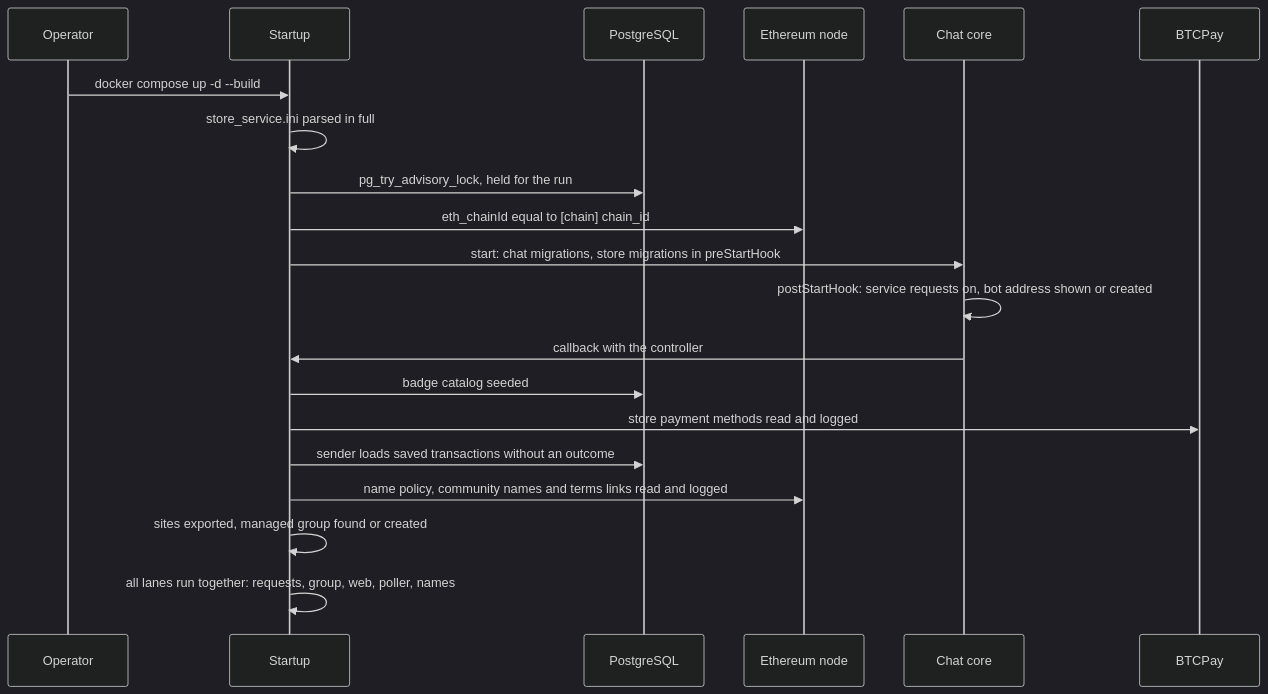
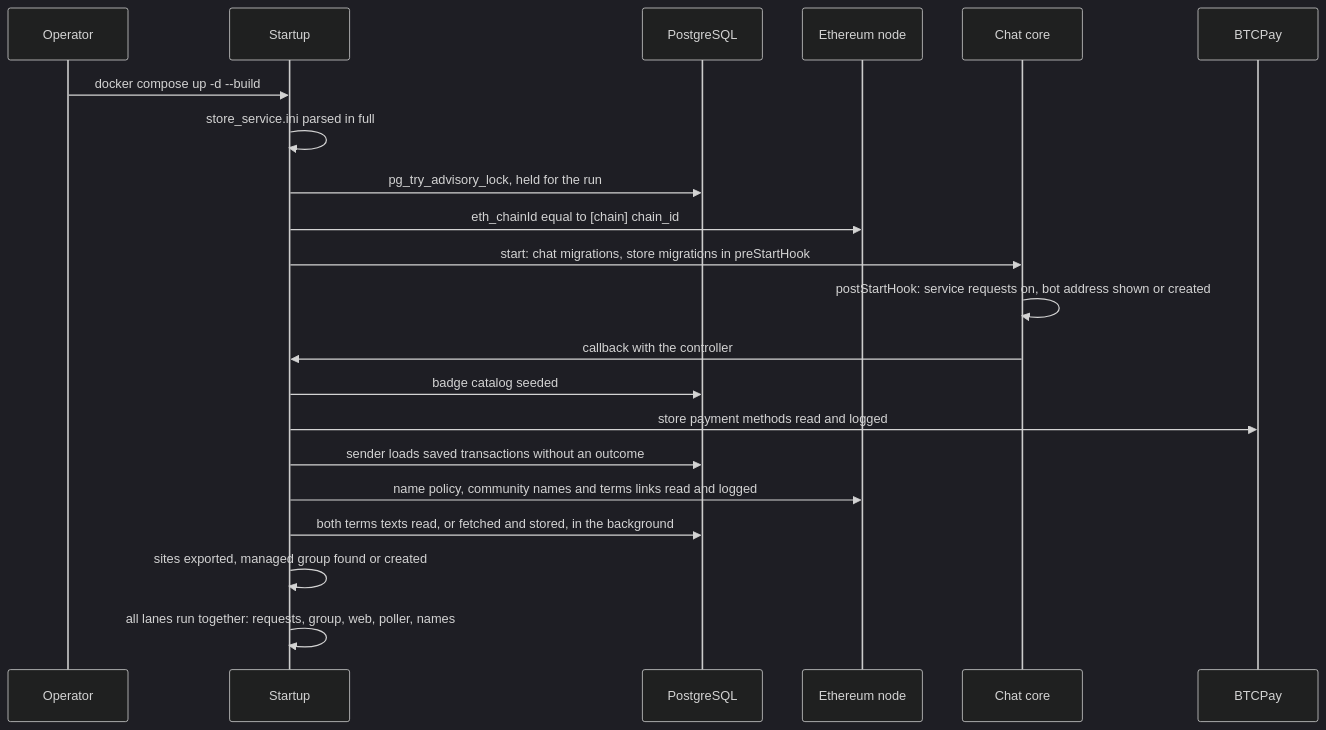
One commit to simplex-chat/simplex-chat changed diagram 13 of 13 in apps/simplex-store-service/docs/names.md. Above: the diagram before and after it, drawn with Mermaid (dark theme). The commit also changed other lines of this file and 12 other files, not shown here.

Commit message:
store: keep the names terms texts across restarts

````diff
--- a/apps/simplex-store-service/docs/names.md
+++ b/apps/simplex-store-service/docs/names.md
@@ -562,22 +562,23 @@
 ```mermaid
 sequenceDiagram
   participant O as Operator
   participant U as Startup
   participant D as PostgreSQL
   participant E as Ethereum node
   participant C as Chat core
   participant V as BTCPay
   O->>U: docker compose up -d --build
   U->>U: store_service.ini parsed in full
   U->>D: pg_try_advisory_lock, held for the run
   U->>E: eth_chainId equal to [chain] chain_id
   U->>C: start: chat migrations, store migrations in preStartHook
   C->>C: postStartHook: service requests on, bot address shown or created
   C->>U: callback with the controller
   U->>D: badge catalog seeded
   U->>V: store payment methods read and logged
   U->>D: sender loads saved transactions without an outcome
   U->>E: name policy, community names and terms links read and logged
+  U->>D: both terms texts read, or fetched and stored, in the background
   U->>U: sites exported, managed group found or created
   U->>U: all lanes run together: requests, group, web, poller, names
 ```
````
